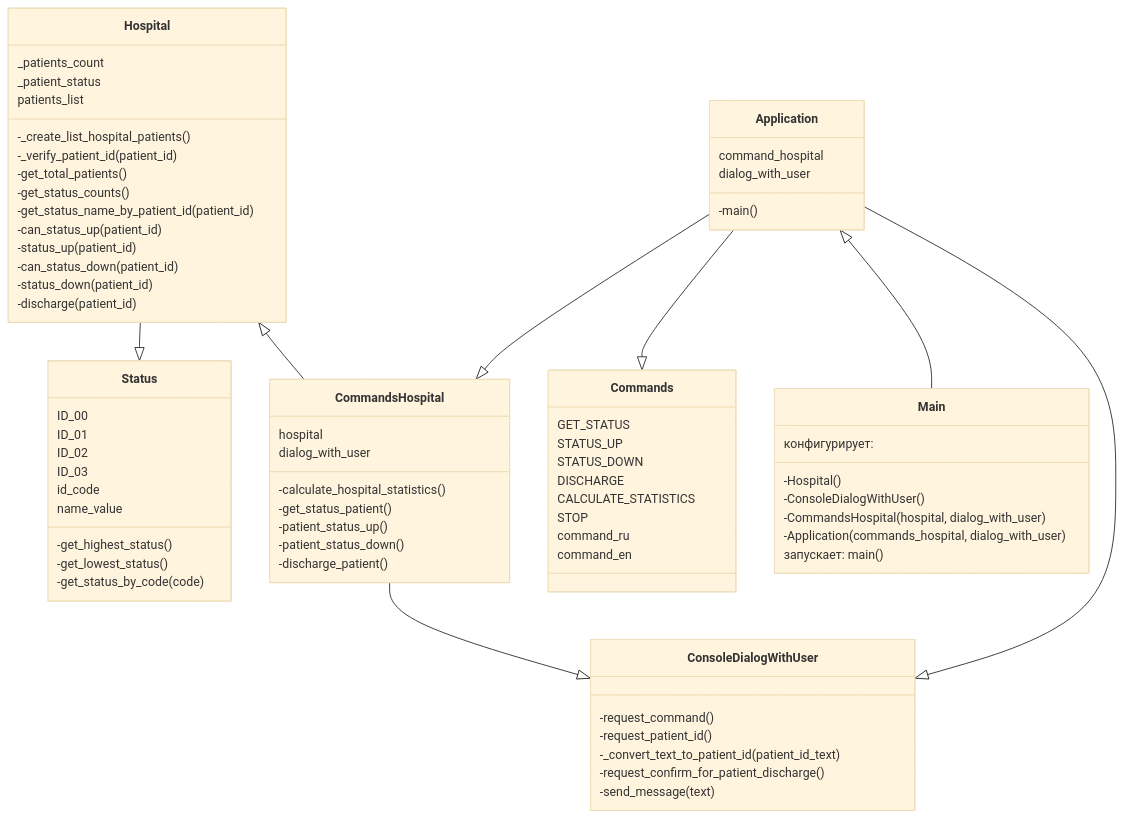
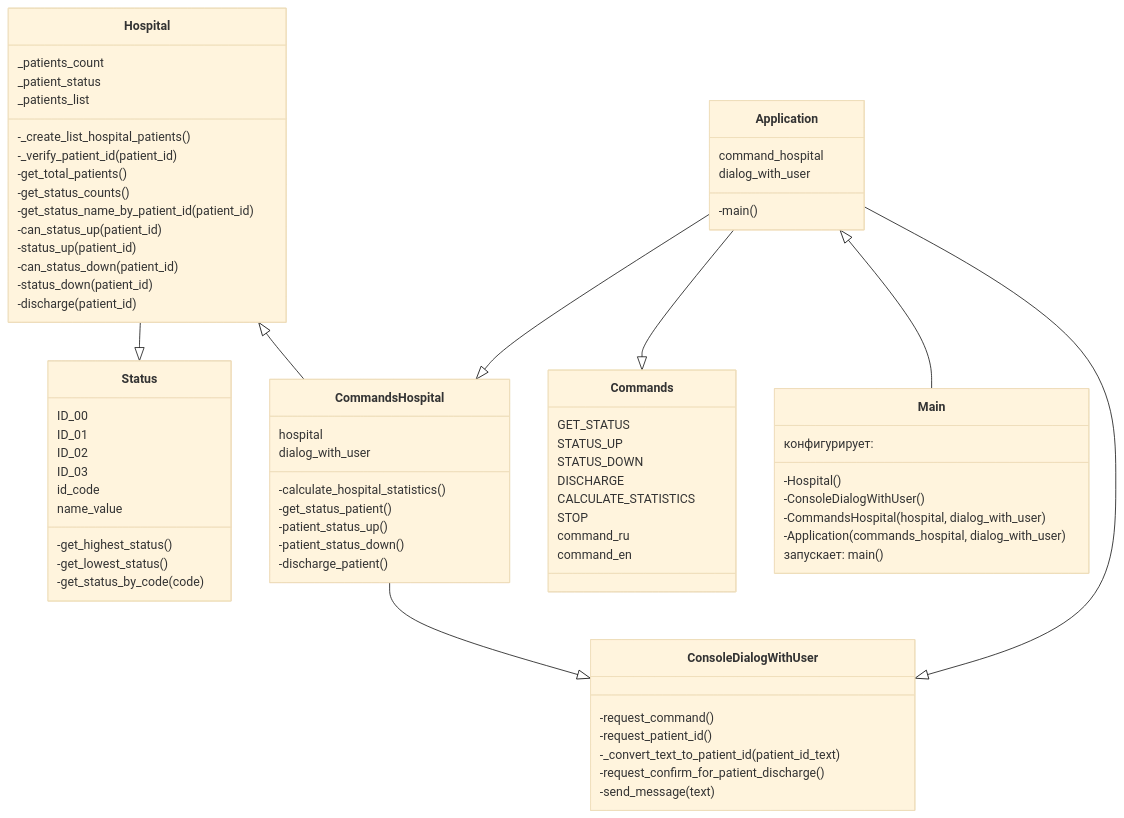
One commit to NikitaSivolobov/hospital_app changed the first of 2 diagrams in README.md. Above: the diagram before and after it, drawn with Mermaid (base theme). The commit also changed other lines of this file and 11 other files, not shown here.

````diff
--- a/README.md
+++ b/README.md
@@ -53,79 +58,79 @@
 ```mermaid
 classDiagram
     Hospital --|> Status
     Hospital <|-- CommandsHospital
     CommandsHospital --|> ConsoleDialogWithUser
     Application --|> CommandsHospital
     Application --|> Commands
     Application --|> ConsoleDialogWithUser
     Application <|-- Main
     
     class Hospital{
       _patients_count
       _patient_status
-      patients_list
+      _patients_list
       -_create_list_hospital_patients()
       -_verify_patient_id(patient_id)
       -get_total_patients()
       -get_status_counts()
       -get_status_name_by_patient_id(patient_id)
       -can_status_up(patient_id)
       -status_up(patient_id)
       -can_status_down(patient_id)
       -status_down(patient_id)
       -discharge(patient_id)
     }
     
     class Status{
       ID_00
       ID_01
       ID_02
       ID_03
       id_code
       name_value
       -get_highest_status()
       -get_lowest_status()
       -get_status_by_code(code)
     }
     class Commands{
       GET_STATUS
       STATUS_UP
       STATUS_DOWN
       DISCHARGE
       CALCULATE_STATISTICS
       STOP
 
       command_ru
       command_en
     }
     class ConsoleDialogWithUser{
         -request_command()
         -request_patient_id()
         -_convert_text_to_patient_id(patient_id_text)
         -request_confirm_for_patient_discharge()
         -send_message(text)
     }
     class CommandsHospital{
       hospital
       dialog_with_user
     
       -calculate_hospital_statistics()
       -get_status_patient()
       -patient_status_up()
       -patient_status_down()
       -discharge_patient()
     }
     class Application{
         command_hospital
         dialog_with_user
         -main()
     }
     class Main{
         конфигурирует:
         -Hospital()
         -ConsoleDialogWithUser()
         -CommandsHospital(hospital, dialog_with_user)
         -Application(commands_hospital, dialog_with_user)
         запускает: main()
     }
 ```
````
